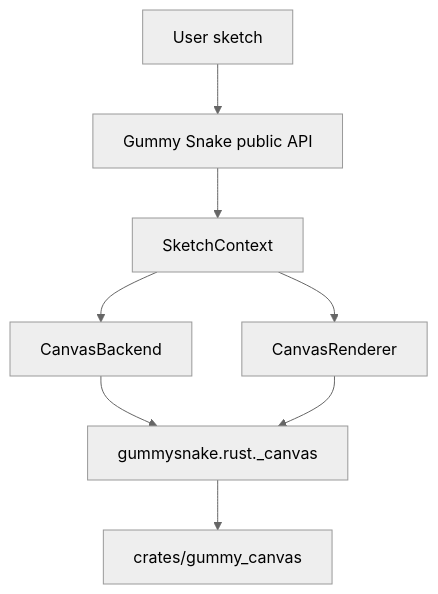
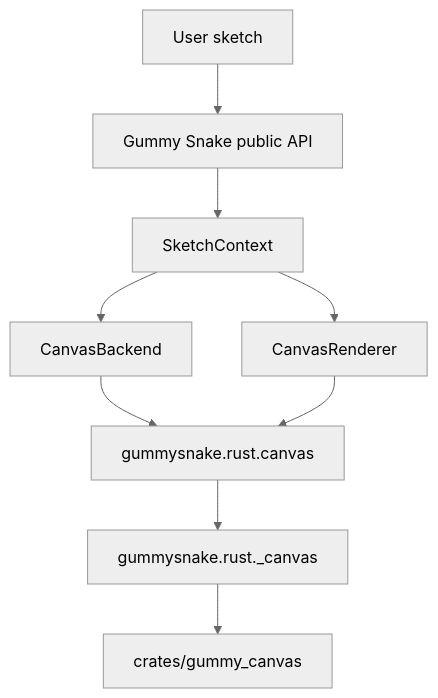
Before and after one commit to JonathanHHenson/gummy_snake: the diagram in docs/contribute/index.md, drawn with Mermaid (neutral theme). The commit also changed 12 other files, not shown here.

Commit message:
Clarify canvas renderer ownership and WEBGL HiDPI rules

````diff
--- a/docs/contribute/index.md
+++ b/docs/contribute/index.md
@@ -17,10 +17,11 @@
 ```mermaid
 flowchart TD
     Sketch[User sketch] --> API[Gummy Snake public API]
     API --> Context[SketchContext]
     Context --> Backend[CanvasBackend]
     Context --> Renderer[CanvasRenderer]
-    Backend --> Rust[gummysnake.rust._canvas]
-    Renderer --> Rust
-    Rust --> Crate[crates/gummy_canvas]
+    Backend --> Wrapper[gummysnake.rust.canvas]
+    Renderer --> Wrapper
+    Wrapper --> Runtime[gummysnake.rust._canvas]
+    Runtime --> Crate[crates/gummy_canvas]
 ```
````
